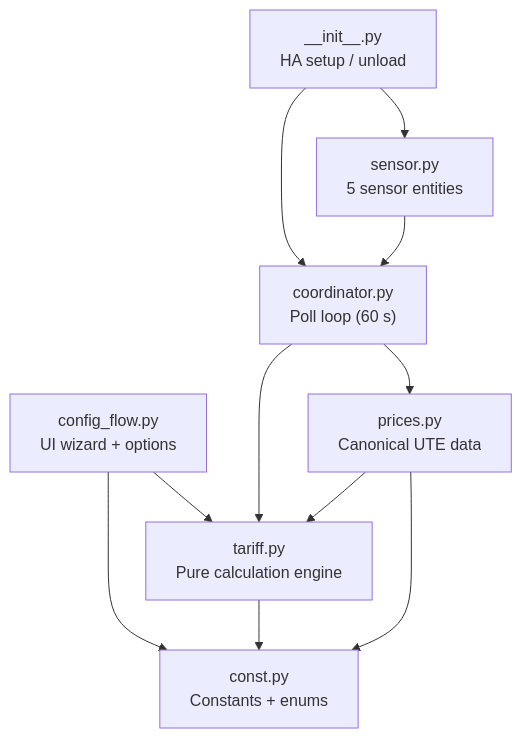
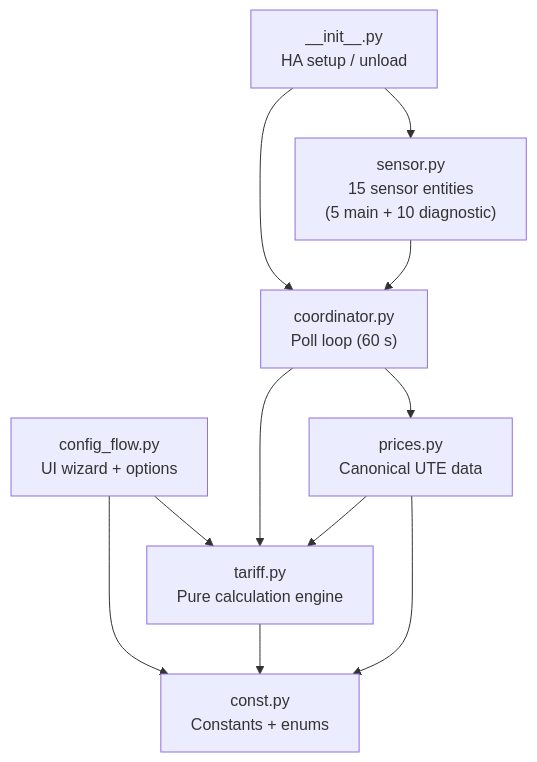
Before and after one commit to alexisml/ha-ute-tariffs: the diagram in docs/documentation/04-development-guide.md, drawn with Mermaid. The commit also changed other lines of this file and 5 other files, not shown here.

````diff
--- a/docs/documentation/04-development-guide.md
+++ b/docs/documentation/04-development-guide.md
@@ -47,21 +47,21 @@
 ```mermaid
 flowchart TD
     INIT["__init__.py\nHA setup / unload"]
     CF["config_flow.py\nUI wizard + options"]
     COORD["coordinator.py\nPoll loop (60 s)"]
-    SENSOR["sensor.py\n5 sensor entities"]
+    SENSOR["sensor.py\n15 sensor entities\n(5 main + 10 diagnostic)"]
     TARIFF["tariff.py\nPure calculation engine"]
     PRICES["prices.py\nCanonical UTE data"]
     CONST["const.py\nConstants + enums"]
 
     INIT --> COORD
     INIT --> SENSOR
     CF --> CONST
     CF --> TARIFF
     COORD --> TARIFF
     COORD --> PRICES
     SENSOR --> COORD
     TARIFF --> CONST
     PRICES --> TARIFF
     PRICES --> CONST
 ```
````
